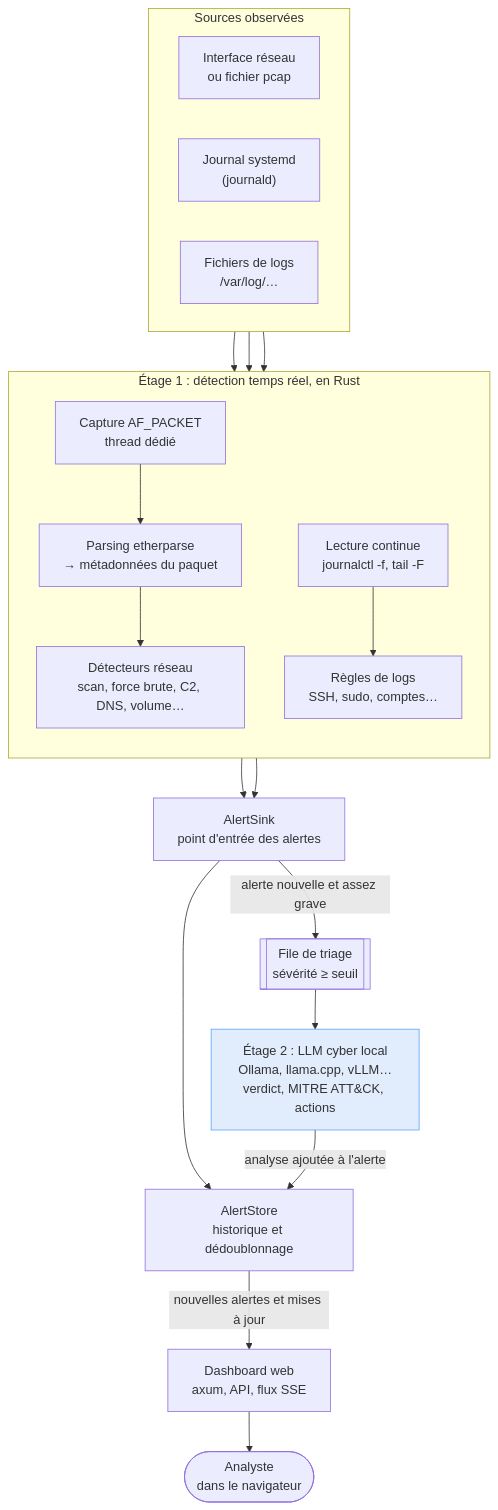
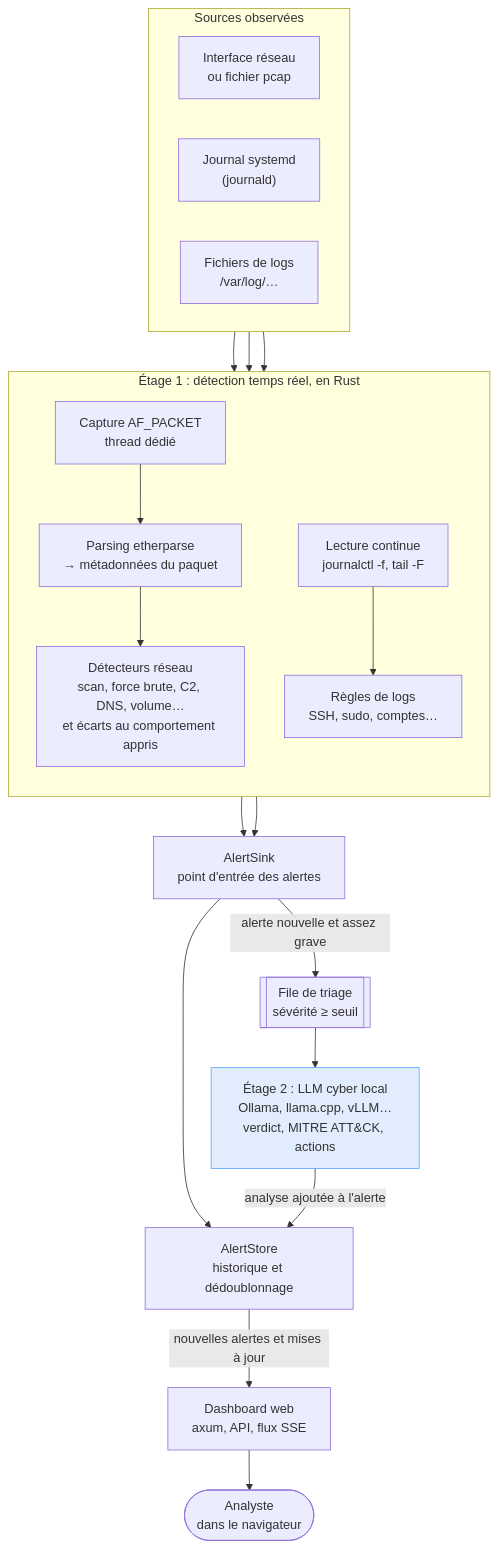
One commit to jprecigout/cyward changed the diagram in README.md. Above: the diagram before and after it, drawn with Mermaid. The commit also changed other lines of this file and 24 other files, not shown here.

````diff
--- a/README.md
+++ b/README.md
@@ -37,37 +37,37 @@
 ```mermaid
 flowchart TB
     subgraph SRC["Sources observées"]
         direction LR
         NET["Interface réseau<br/>ou fichier pcap"]
         JRN["Journal systemd<br/>(journald)"]
         FIC["Fichiers de logs<br/>/var/log/…"]
     end
 
     subgraph E1["Étage 1 : détection temps réel, en Rust"]
         direction TB
         CAP["Capture AF_PACKET<br/>thread dédié"]
         PAR["Parsing etherparse<br/>→ métadonnées du paquet"]
-        DET["Détecteurs réseau<br/>scan, force brute, C2, DNS, volume…"]
+        DET["Détecteurs réseau<br/>scan, force brute, C2, DNS, volume…<br/>et écarts au comportement appris"]
         LEC["Lecture continue<br/>journalctl -f, tail -F"]
         REG["Règles de logs<br/>SSH, sudo, comptes…"]
     end
 
     SINK["AlertSink<br/>point d'entrée des alertes"]
     STORE["AlertStore<br/>historique et dédoublonnage"]
     FILE[["File de triage<br/>sévérité ≥ seuil"]]
     LLM["Étage 2 : LLM cyber local<br/>Ollama, llama.cpp, vLLM…<br/>verdict, MITRE ATT&CK, actions"]
     WEB["Dashboard web<br/>axum, API, flux SSE"]
     USER(["Analyste<br/>dans le navigateur"])
 
     NET --> CAP --> PAR --> DET --> SINK
     JRN --> LEC
     FIC --> LEC
     LEC --> REG --> SINK
     SINK --> STORE
     SINK -- "alerte nouvelle et assez grave" --> FILE --> LLM
     LLM -- "analyse ajoutée à l'alerte" --> STORE
     STORE -- "nouvelles alertes et mises à jour" --> WEB --> USER
 
     classDef etage2 fill:#1f6feb22,stroke:#58a6ff
     class LLM etage2
 ```
````
